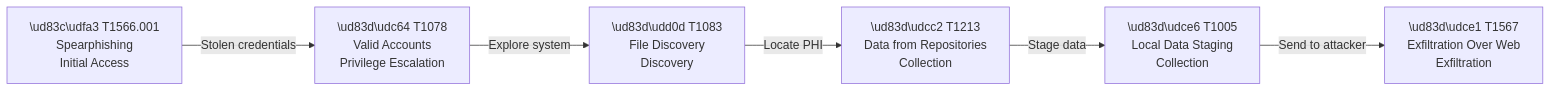
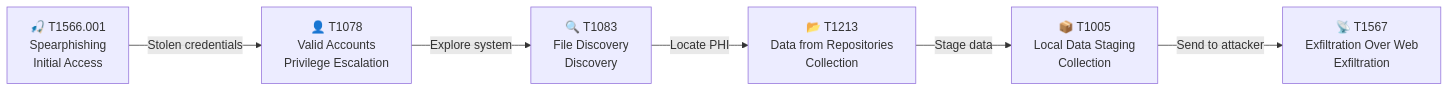
The first of 5 diagrams in reports/analyses/mitre-mapping.md (AurelienKumarathas/Complete-threat-model-for-healthcare-application), drawn with Mermaid before and after one commit. The commit also changed other lines of this file and 3 other files, not shown here.

````diff
--- a/reports/analyses/mitre-mapping.md
+++ b/reports/analyses/mitre-mapping.md
@@ -110,8 +110,8 @@
 ```mermaid
 flowchart LR
-    A["\ud83c\udfa3 T1566.001\nSpearphishing\nInitial Access"] -->|Stolen credentials| B["\ud83d\udc64 T1078\nValid Accounts\nPrivilege Escalation"]
-    B -->|Explore system| C["\ud83d\udd0d T1083\nFile Discovery\nDiscovery"]
-    C -->|Locate PHI| D["\ud83d\udcc2 T1213\nData from Repositories\nCollection"]
-    D -->|Stage data| E["\ud83d\udce6 T1005\nLocal Data Staging\nCollection"]
-    E -->|Send to attacker| F["\ud83d\udce1 T1567\nExfiltration Over Web\nExfiltration"]
+    A["🎣 T1566.001\nSpearphishing\nInitial Access"] -->|Stolen credentials| B["👤 T1078\nValid Accounts\nPrivilege Escalation"]
+    B -->|Explore system| C["🔍 T1083\nFile Discovery\nDiscovery"]
+    C -->|Locate PHI| D["📂 T1213\nData from Repositories\nCollection"]
+    D -->|Stage data| E["📦 T1005\nLocal Data Staging\nCollection"]
+    E -->|Send to attacker| F["📡 T1567\nExfiltration Over Web\nExfiltration"]
 ```
````
